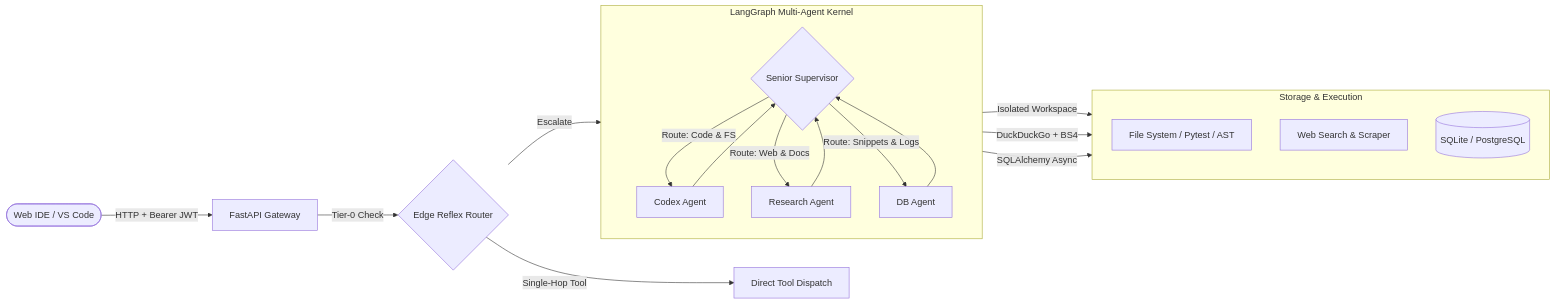
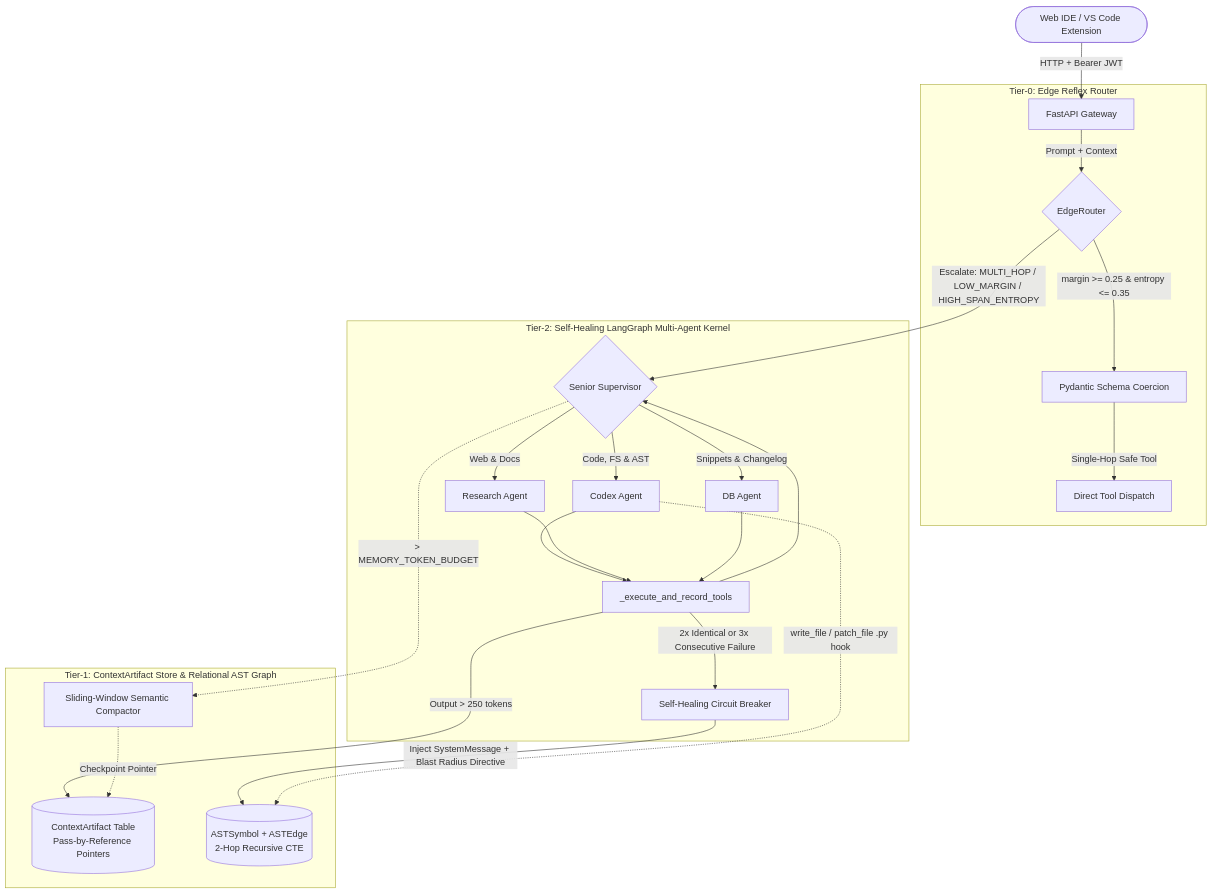
Before and after one commit to Abhiram-Mukkamala/AgentOS: the diagram in agentos-v2/README.md, drawn with Mermaid. The commit also changed other lines of this file and 6 other files, not shown here.

Commit message:
feat(phase-6): add architecture test suite, reproducible benchmarks, and v2.5 docs

````diff
--- a/agentos-v2/README.md
+++ b/agentos-v2/README.md
@@ -12,26 +18,36 @@
 ```mermaid
-flowchart LR
-    User([Web IDE / VS Code]) -->|HTTP + Bearer JWT| API[FastAPI Gateway]
+flowchart TB
+    User([Web IDE / VS Code Extension]) -->|HTTP + Bearer JWT| API[FastAPI Gateway]
 
-    API -->|Tier-0 Check| Edge{Edge Reflex Router}
-    Edge -->|Single-Hop Tool| FastExec[Direct Tool Dispatch]
-    Edge -->|Escalate| Supervisor{Senior Supervisor}
-
-    subgraph Kernel [LangGraph Multi-Agent Kernel]
-        direction TB
-        Supervisor -->|Route: Code & FS| Codex[Codex Agent]
-        Supervisor -->|Route: Web & Docs| Research[Research Agent]
-        Supervisor -->|Route: Snippets & Logs| DBAgent[DB Agent]
-
-        Codex --> Supervisor
-        Research --> Supervisor
-        DBAgent --> Supervisor
+    subgraph Tier0 [Tier-0: Edge Reflex Router]
+        API -->|Prompt + Context| Edge{EdgeRouter}
+        Edge -->|margin >= 0.25 & entropy <= 0.35| SchemaGate[Pydantic Schema Coercion]
+        SchemaGate -->|Single-Hop Safe Tool| FastExec[Direct Tool Dispatch]
     end
 
-    subgraph Persistence [Storage & Execution]
-        direction TB
-        Codex -->|Isolated Workspace| FS[File System / Pytest / AST]
-        Research -->|DuckDuckGo + BS4| Web[Web Search & Scraper]
-        DBAgent -->|SQLAlchemy Async| DB[(SQLite / PostgreSQL)]
+    subgraph Tier1 [Tier-1: ContextArtifact Store & Relational AST Graph]
+        ArtStore[(ContextArtifact Table\nPass-by-Reference Pointers)]
+        ASTGraph[(ASTSymbol + ASTEdge\n2-Hop Recursive CTE)]
+        Compactor[Sliding-Window Semantic Compactor]
     end
+
+    subgraph Tier2 [Tier-2: Self-Healing LangGraph Multi-Agent Kernel]
+        Edge -->|Escalate: MULTI_HOP / LOW_MARGIN / HIGH_SPAN_ENTROPY| Supervisor{Senior Supervisor}
+        Supervisor -->|Code, FS & AST| Codex[Codex Agent]
+        Supervisor -->|Web & Docs| Research[Research Agent]
+        Supervisor -->|Snippets & Changelog| DBAgent[DB Agent]
+
+        Codex --> Dispatcher[_execute_and_record_tools]
+        Research --> Dispatcher
+        DBAgent --> Dispatcher
+
+        Dispatcher -->|Output > 250 tokens| ArtStore
+        Dispatcher -->|2x Identical or 3x Consecutive Failure| Breaker[Self-Healing Circuit Breaker]
+        Breaker -->|Inject SystemMessage + Blast Radius Directive| ASTGraph
+        Dispatcher --> Supervisor
+    end
+
+    Codex -.->|write_file / patch_file .py hook| ASTGraph
+    Supervisor -.->|> MEMORY_TOKEN_BUDGET| Compactor
+    Compactor -.->|Checkpoint Pointer| ArtStore
 ```
````
